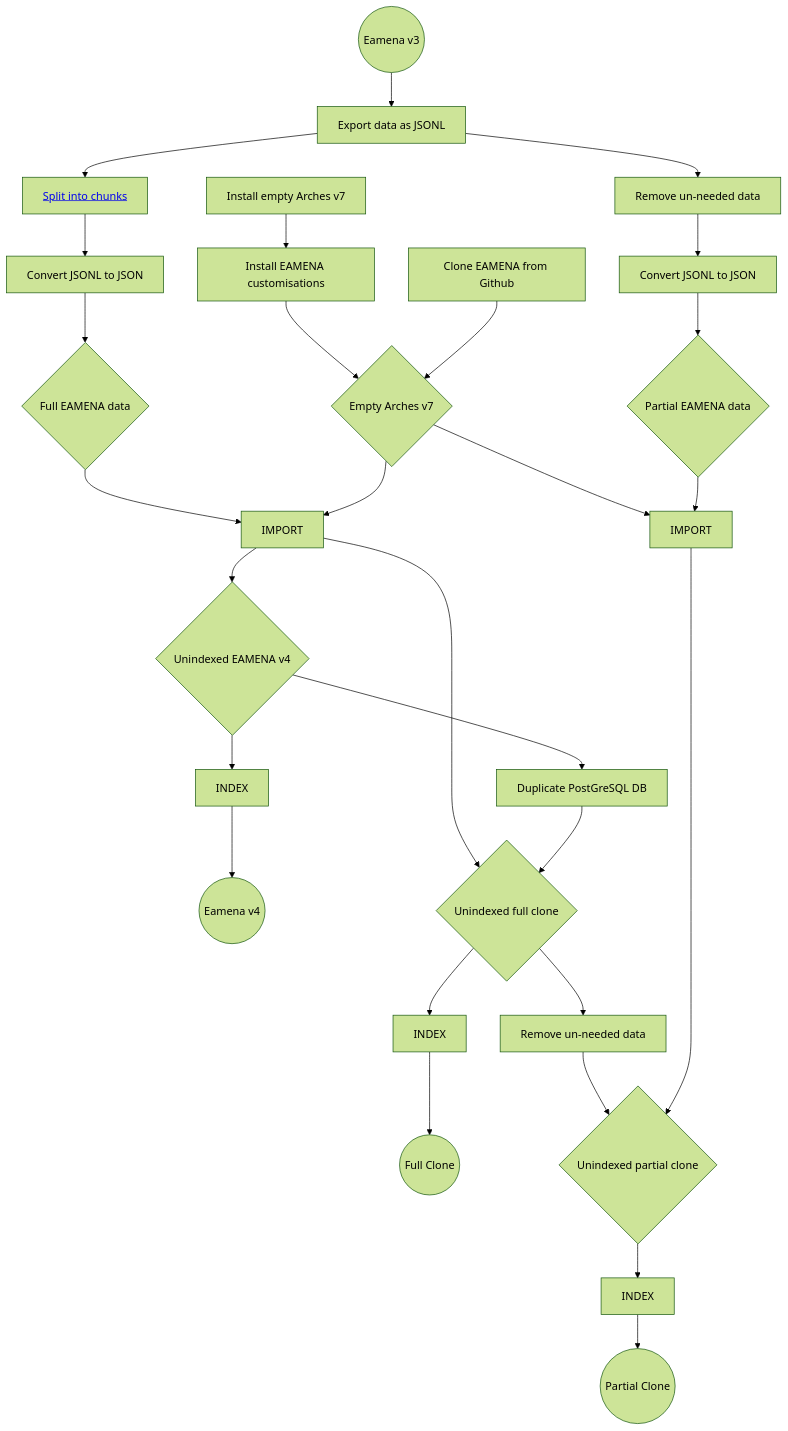
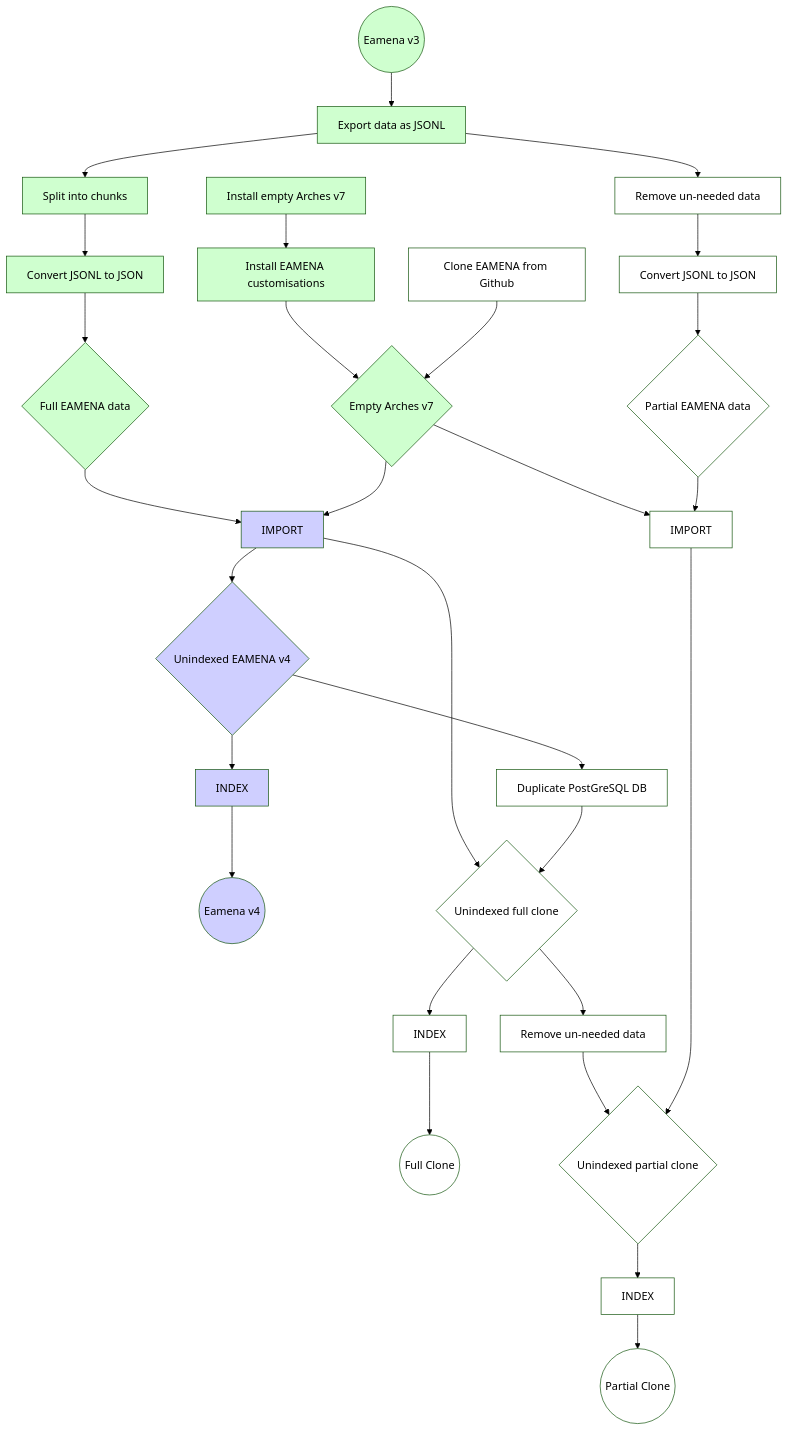
The first of 2 diagrams in dbs/database.eamena/install/README.md (eamena-project/eamena-arches-dev), drawn with Mermaid (forest theme) before and after one commit.

````diff
--- a/dbs/database.eamena/install/README.md
+++ b/dbs/database.eamena/install/README.md
@@ -24,31 +24,55 @@
 ```mermaid
 flowchart
 	id1((Eamena v3))-->id2[Export data as JSONL]
-	id2-->id3[<a href='https://github.com/eamena-project/eamena-arches-dev/blob/main/dbs/database.eamena/docs/notes/Arches%207%20Upgrade.md#splitchunk'>Split into chunks</a>]
+	id2-->id3[Split into chunks]
 	id3-->id4[Convert JSONL to JSON]
 	id4-->id5{Full EAMENA data}
 	id5-->id6[IMPORT]
 	id7[Install empty Arches v7]-->id25[Install EAMENA customisations]
 	id25-->id8{Empty Arches v7}
 	id9[Clone EAMENA from Github]-->id8
 	id8-->id6
 	id6-->id10{Unindexed EAMENA v4}
 	id10-->id11[Duplicate PostGreSQL DB]
 	id10-->id12[INDEX]
 	id12-->id13((Eamena v4))
 	id2-->id14[Remove un-needed data]
 	id6-->id15{Unindexed full clone}
 	id11-->id15
 	id15-->id16[INDEX]
 	id16-->id17((Full Clone))
 	id18{Unindexed partial clone}-->id19[INDEX]
 	id19-->id20((Partial Clone))
 	id14-->id21[Convert JSONL to JSON]
 	id21-->id22{Partial EAMENA data}
 	id15-->id23[Remove un-needed data]
 	id8-->id24[IMPORT]
 	id22-->id24
 	id23-->id18
 	id24-->id18
-	click id9 "https://github.com/eamena-project/eamena-arches-dev/blob/main/dbs/database.eamena/docs/install/Clone.md" "Clone EAMENA from Github" _blank
+	style id1 fill:#CFFFCF
+	style id2 fill:#CFFFCF
+	style id3 fill:#CFFFCF
+	style id4 fill:#CFFFCF
+	style id5 fill:#CFFFCF
+	style id6 fill:#CFCFFF
+	style id7 fill:#CFFFCF
+	style id8 fill:#CFFFCF
+	style id9 fill:#FFFFFF
+	style id10 fill:#CFCFFF
+	style id11 fill:#FFFFFF
+	style id12 fill:#CFCFFF
+	style id13 fill:#CFCFFF
+	style id14 fill:#FFFFFF
+	style id15 fill:#FFFFFF
+	style id16 fill:#FFFFFF
+	style id17 fill:#FFFFFF
+	style id18 fill:#FFFFFF
+	style id19 fill:#FFFFFF
+	style id20 fill:#FFFFFF
+	style id21 fill:#FFFFFF
+	style id22 fill:#FFFFFF
+	style id23 fill:#FFFFFF
+	style id24 fill:#FFFFFF
+	style id25 fill:#CFFFCF
 ```
````
